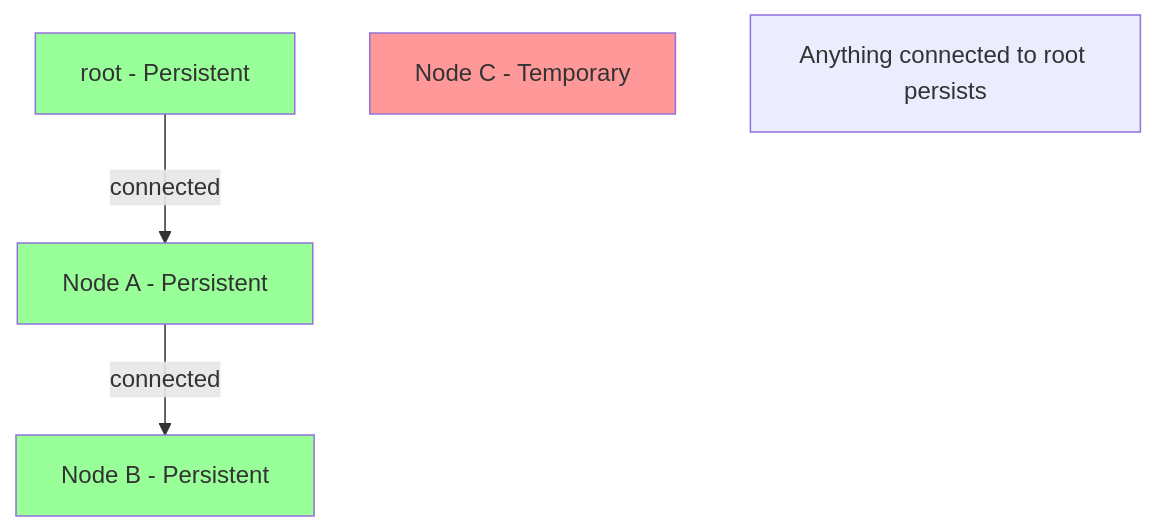
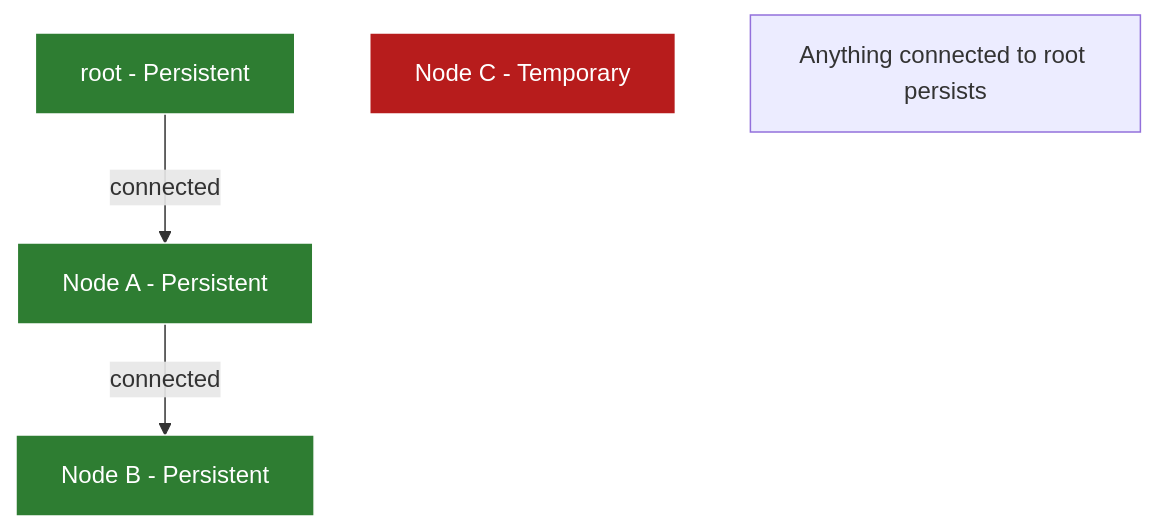
The third of 3 diagrams in jac/examples/reference/names_and_references.md (specialized806/jaseci), drawn with Mermaid before and after one commit. The commit also changed other lines of this file and 13 other files, not shown here.

Commit message:
imporve spec diagram styles

````diff
--- a/jac/examples/reference/names_and_references.md
+++ b/jac/examples/reference/names_and_references.md
@@ -84,17 +84,17 @@
 ```mermaid
 graph TD
     R[root - Persistent]
     A[Node A - Persistent]
     B[Node B - Persistent]
     C[Node C - Temporary]
 
     R -->|connected| A
     A -->|connected| B
 
-    style R fill:#9f9
-    style A fill:#9f9
-    style B fill:#9f9
-    style C fill:#f99
+    style R fill:#2e7d32,stroke:#fff,color:#fff
+    style A fill:#2e7d32,stroke:#fff,color:#fff
+    style B fill:#2e7d32,stroke:#fff,color:#fff
+    style C fill:#b71c1c,stroke:#fff,color:#fff
 
     Note[Anything connected to root persists]
 ```
````
